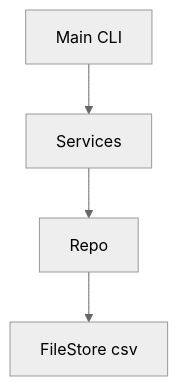
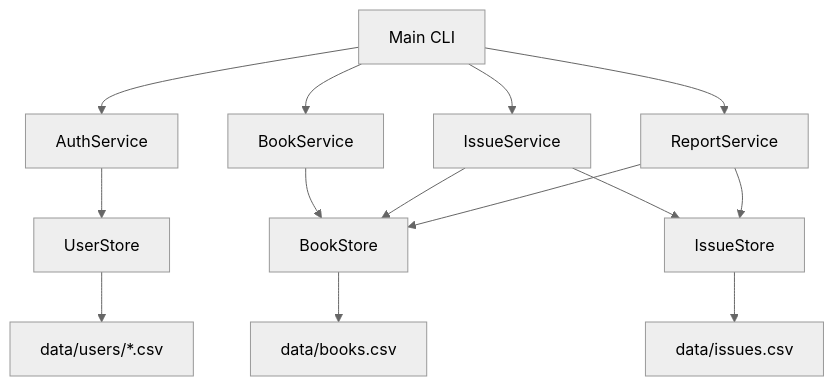
One commit to SykikXO/CSE2006 changed the first of 6 diagrams in docs/DESIGN.md. Above: the diagram before and after it, drawn with Mermaid (neutral theme). The commit also changed other lines of this file, not shown here.

````diff
--- a/docs/DESIGN.md
+++ b/docs/DESIGN.md
@@ -59,6 +57,16 @@
 ```mermaid
 graph TD
-  A[Main CLI] --> B[Services]
-  B --> C[Repo]
-  C --> D[FileStore csv]
+  A[Main CLI] --> B[AuthService]
+  A --> C[BookService]
+  A --> D[IssueService]
+  A --> E[ReportService]
+  B --> F[UserStore]
+  C --> G[BookStore]
+  D --> G
+  D --> H[IssueStore]
+  E --> G
+  E --> H
+  F --> I[data/users/*.csv]
+  G --> J[data/books.csv]
+  H --> K[data/issues.csv]
 ```
````
